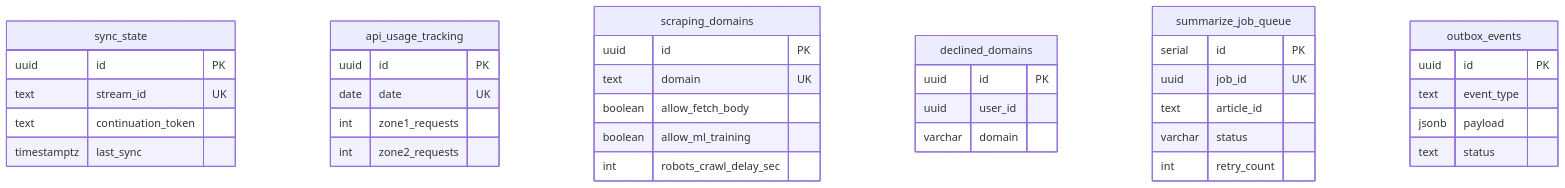
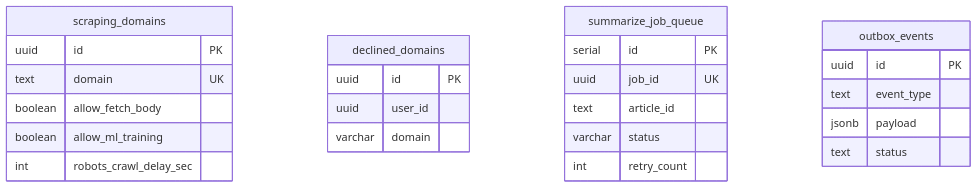
Before and after one commit to Kaikei-e/Alt: the second of 2 diagrams in docs/services/alt-db.md, drawn with Mermaid. The commit also changed other lines of this file and 76 other files, not shown here.

````diff
--- a/docs/services/alt-db.md
+++ b/docs/services/alt-db.md
@@ -133,45 +121,31 @@
 ```mermaid
 erDiagram
-    sync_state {
-        uuid id PK
-        text stream_id UK
-        text continuation_token
-        timestamptz last_sync
-    }
-
-    api_usage_tracking {
-        uuid id PK
-        date date UK
-        int zone1_requests
-        int zone2_requests
-    }
-
     scraping_domains {
         uuid id PK
         text domain UK
         boolean allow_fetch_body
         boolean allow_ml_training
         int robots_crawl_delay_sec
     }
 
     declined_domains {
         uuid id PK
         uuid user_id
         varchar domain
     }
 
     summarize_job_queue {
         serial id PK
         uuid job_id UK
         text article_id
         varchar status
         int retry_count
     }
 
     outbox_events {
         uuid id PK
         text event_type
         jsonb payload
         text status
     }
 ```
````
